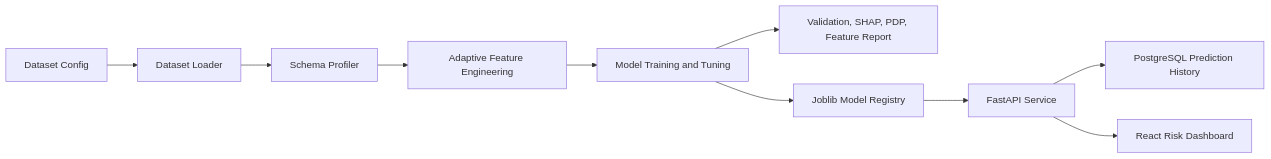
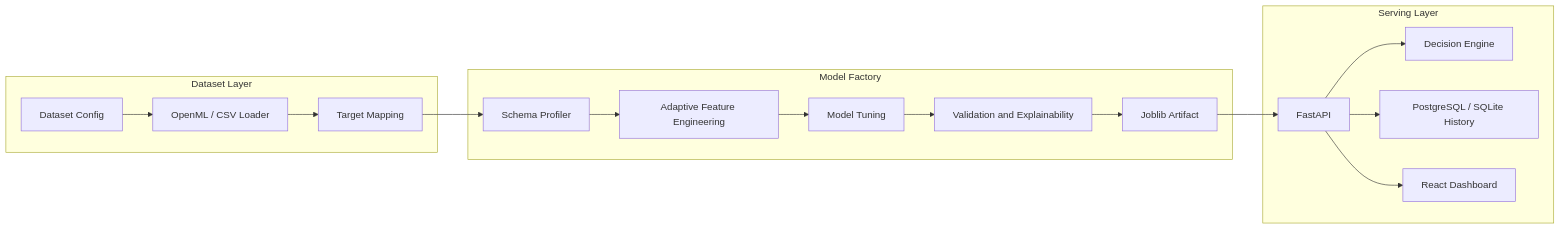
One commit to AgrmRana/Credit-Risk changed the first of 3 diagrams in README.md. Above: the diagram before and after it, drawn with Mermaid. The commit also changed other lines of this file and 27 other files, not shown here.

````diff
--- a/README.md
+++ b/README.md
@@ -11,12 +13,20 @@
 ```mermaid
 flowchart LR
-    A["Dataset Config"] --> B["Dataset Loader"]
-    B --> C["Schema Profiler"]
-    C --> D["Adaptive Feature Engineering"]
-    D --> E["Model Training and Tuning"]
-    E --> F["Validation, SHAP, PDP, Feature Report"]
-    E --> G["Joblib Model Registry"]
-    G --> H["FastAPI Service"]
-    H --> I["PostgreSQL Prediction History"]
-    H --> J["React Risk Dashboard"]
+    subgraph Data["Dataset Layer"]
+        A["Dataset Config"] --> B["OpenML / CSV Loader"]
+        B --> C["Target Mapping"]
+    end
+    subgraph ML["Model Factory"]
+        C --> D["Schema Profiler"]
+        D --> E["Adaptive Feature Engineering"]
+        E --> F["Model Tuning"]
+        F --> G["Validation and Explainability"]
+        G --> H["Joblib Artifact"]
+    end
+    subgraph Serving["Serving Layer"]
+        H --> I["FastAPI"]
+        I --> J["Decision Engine"]
+        I --> K["PostgreSQL / SQLite History"]
+        I --> L["React Dashboard"]
+    end
 ```
````
